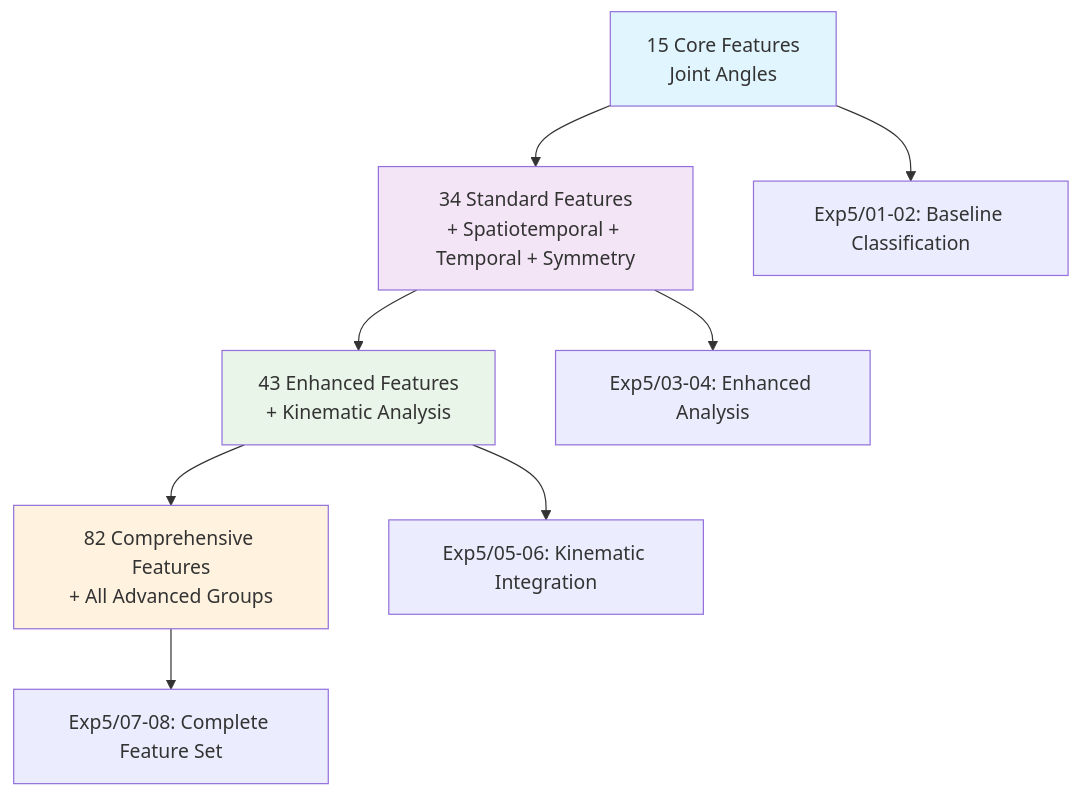
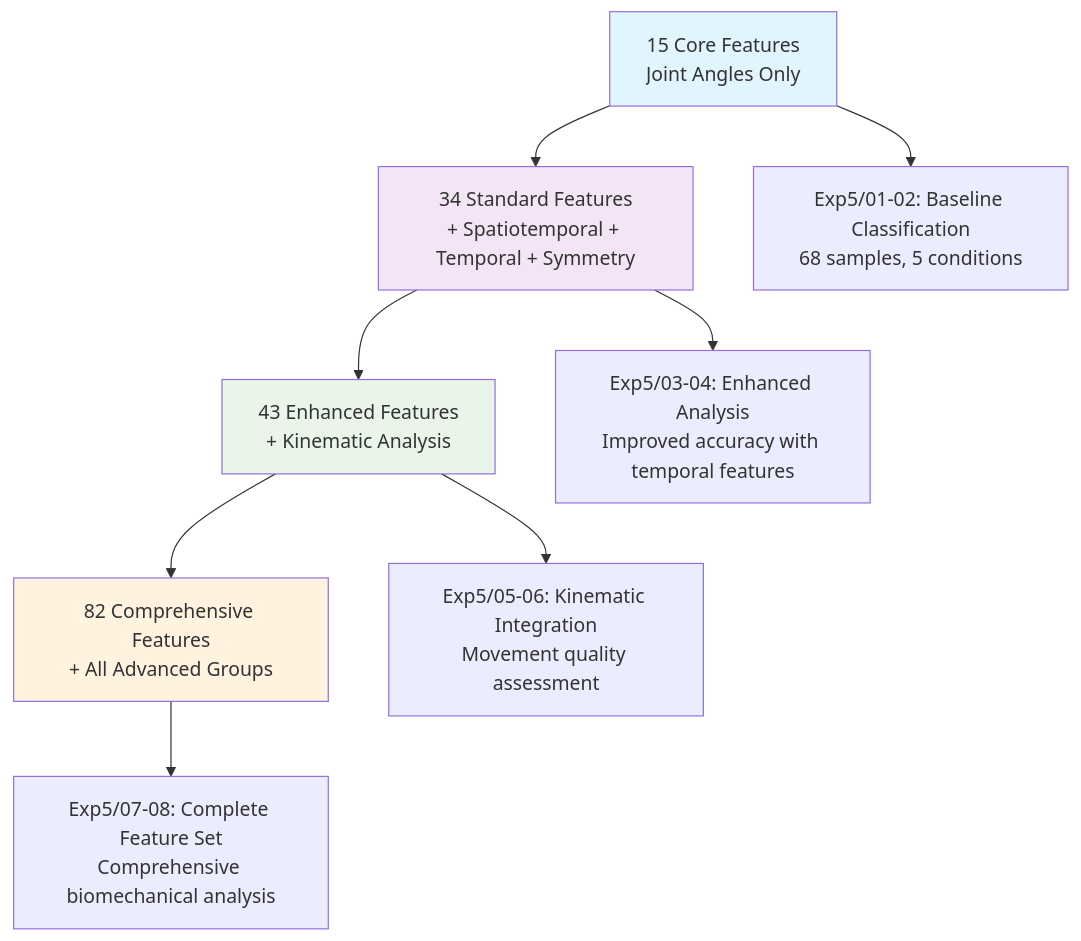
Before and after one commit to brilliantbeaver/alexpose: the first of 2 diagrams in docs/guides/gait-feature-analysis-guide.md, drawn with Mermaid. The commit also changed other lines of this file, not shown here.

Commit message:
Updated gait feature analysis guide

````diff
--- a/docs/guides/gait-feature-analysis-guide.md
+++ b/docs/guides/gait-feature-analysis-guide.md
@@ -11,16 +11,16 @@
 ```mermaid
 graph TD
-    A[15 Core Features<br/>Joint Angles] --> B[34 Standard Features<br/>+ Spatiotemporal + Temporal + Symmetry]
+    A[15 Core Features<br/>Joint Angles Only] --> B[34 Standard Features<br/>+ Spatiotemporal + Temporal + Symmetry]
     B --> C[43 Enhanced Features<br/>+ Kinematic Analysis]
     C --> D[82 Comprehensive Features<br/>+ All Advanced Groups]
     
-    A --> E[Exp5/01-02: Baseline Classification]
-    B --> F[Exp5/03-04: Enhanced Analysis]
-    C --> G[Exp5/05-06: Kinematic Integration]
-    D --> H[Exp5/07-08: Complete Feature Set]
+    A --> E[Exp5/01-02: Baseline Classification<br/>68 samples, 5 conditions]
+    B --> F[Exp5/03-04: Enhanced Analysis<br/>Improved accuracy with temporal features]
+    C --> G[Exp5/05-06: Kinematic Integration<br/>Movement quality assessment]
+    D --> H[Exp5/07-08: Complete Feature Set<br/>Comprehensive biomechanical analysis]
     
     style A fill:#e1f5fe
     style B fill:#f3e5f5
     style C fill:#e8f5e8
     style D fill:#fff3e0
 ```
````
